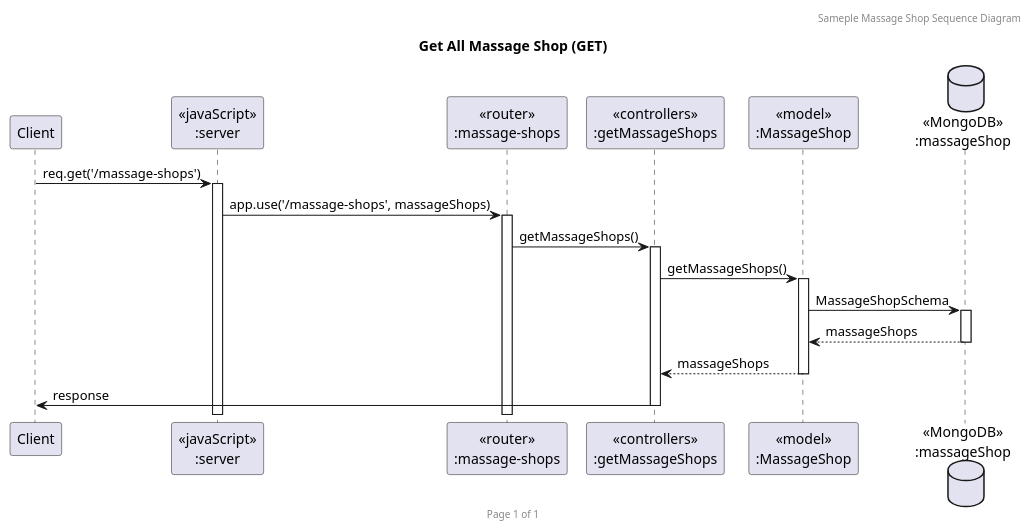
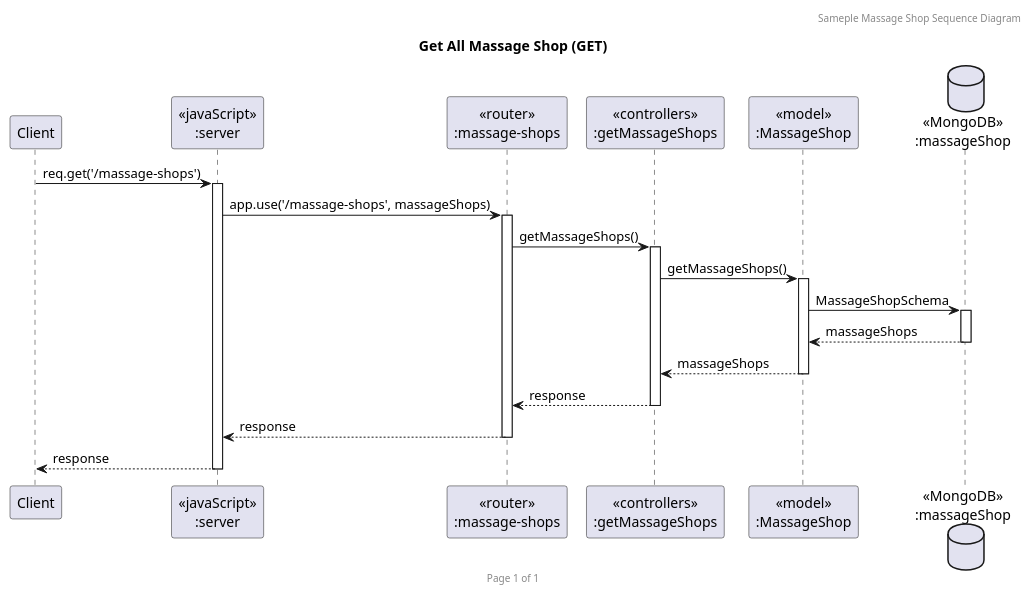
Before and after one commit to BabeTanya/massage-catherine: the diagram in MassageSequence_get_all_massage_shop.puml, drawn with PlantUML. The commit also changed 6 other files, not shown here.

Commit message:
Revise sequence diagram massage shop

```diff
--- a/MassageSequence_get_all_massage_shop.puml
+++ b/MassageSequence_get_all_massage_shop.puml
@@ -1,23 +1,25 @@
 @startuml Get All Massage Shop (GET)
 
 header Sameple Massage Shop Sequence Diagram
 footer Page %page% of %lastpage%
 title "Get All Massage Shop (GET)"
 
 participant "Client" as client
 participant "<<javaScript>>\n:server" as server
 participant "<<router>>\n:massage-shops" as routerMassageShop
 participant "<<controllers>>\n:getMassageShops" as controllersGetMassageShop
 participant "<<model>>\n:MassageShop" as modelMassageShop
 database "<<MongoDB>>\n:massageShop" as MassageShopDatabase
 
 client->server ++:req.get('/massage-shops')
 server->routerMassageShop ++:app.use('/massage-shops', massageShops)
 routerMassageShop -> controllersGetMassageShop ++:getMassageShops()
 controllersGetMassageShop->modelMassageShop ++:getMassageShops()
 modelMassageShop ->MassageShopDatabase ++: MassageShopSchema
 MassageShopDatabase --> modelMassageShop --: massageShops
 controllersGetMassageShop <-- modelMassageShop --:massageShops
-controllersGetMassageShop->client --:response
+routerMassageShop <-- controllersGetMassageShop --:response
+server <-- routerMassageShop --:response
+client <-- server --:response
 
 @enduml
```
